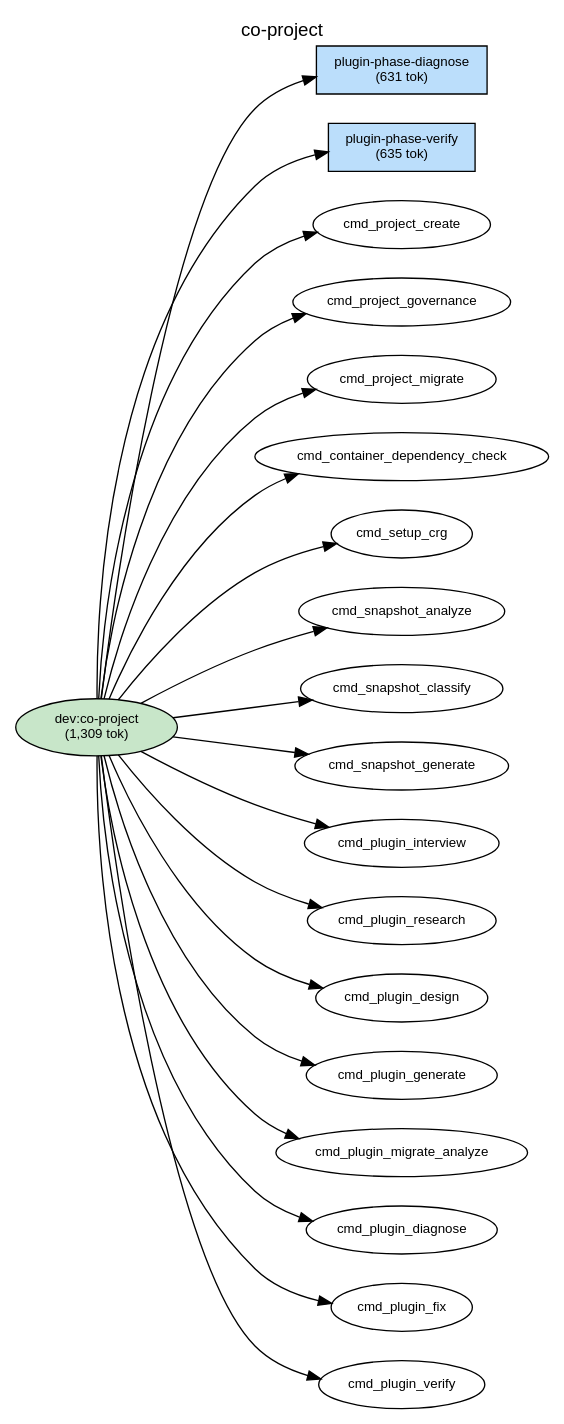
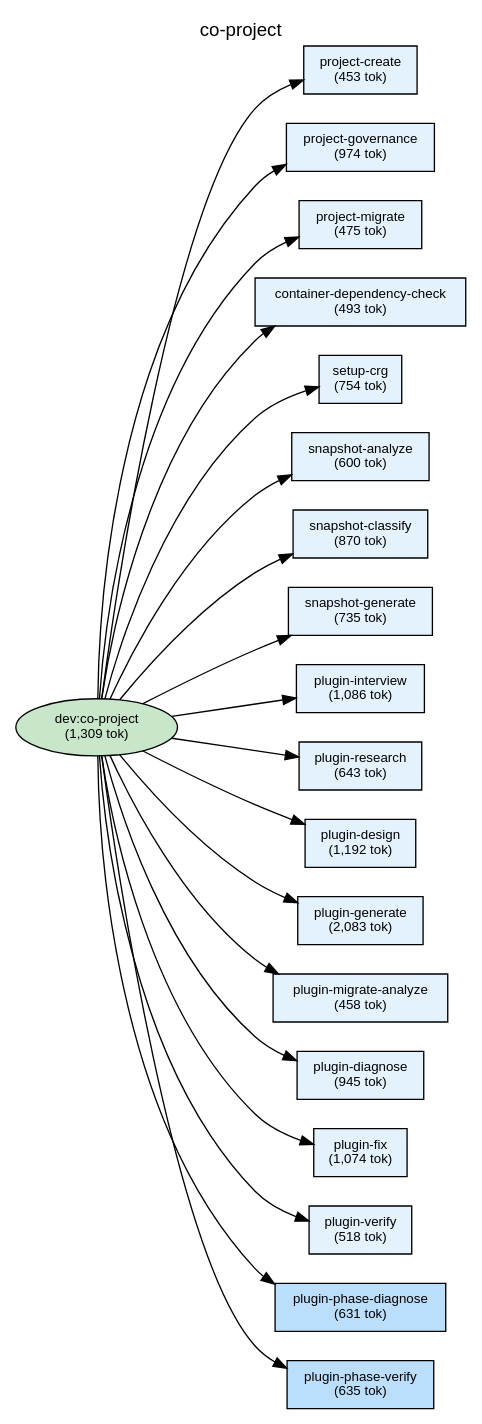
The diagram in plugins/dev/docs/deps-co-project.dot (shuu5/twill), drawn with Graphviz before and after one commit. The commit also changed 26 other files, not shown here.

```diff
--- a/plugins/dev/docs/deps-co-project.dot
+++ b/plugins/dev/docs/deps-co-project.dot
@@ -1,61 +1,93 @@
 digraph Dependencies {
     // Graph settings
     rankdir=LR;
     ranksep=0.8;
     nodesep=0.3;
     fontname="Helvetica";
     node [fontname="Helvetica", fontsize=10];
     edge [fontname="Helvetica", fontsize=9];
     label="co-project";
     labelloc=t;
     fontsize=14;
 
     // L0: Controller Skills
     skill_co_project [label="dev:co-project\n(1,309 tok)", shape=ellipse, style=filled, fillcolor="#c8e6c9"];
 
     // L0: Launchers
 
     // L0.5: Workflow Skills
 
     // Reference Skills
 
     // L1: Direct Commands
+    cmd_project_create [label="project-create\n(453 tok)", shape=box, style=filled, fillcolor="#e3f2fd"];
+    cmd_project_governance [label="project-governance\n(974 tok)", shape=box, style=filled, fillcolor="#e3f2fd"];
+    cmd_project_migrate [label="project-migrate\n(475 tok)", shape=box, style=filled, fillcolor="#e3f2fd"];
+    cmd_container_dependency_check [label="container-dependency-check\n(493 tok)", shape=box, style=filled, fillcolor="#e3f2fd"];
+    cmd_setup_crg [label="setup-crg\n(754 tok)", shape=box, style=filled, fillcolor="#e3f2fd"];
+    cmd_snapshot_analyze [label="snapshot-analyze\n(600 tok)", shape=box, style=filled, fillcolor="#e3f2fd"];
+    cmd_snapshot_classify [label="snapshot-classify\n(870 tok)", shape=box, style=filled, fillcolor="#e3f2fd"];
+    cmd_snapshot_generate [label="snapshot-generate\n(735 tok)", shape=box, style=filled, fillcolor="#e3f2fd"];
+    cmd_plugin_interview [label="plugin-interview\n(1,086 tok)", shape=box, style=filled, fillcolor="#e3f2fd"];
+    cmd_plugin_research [label="plugin-research\n(643 tok)", shape=box, style=filled, fillcolor="#e3f2fd"];
+    cmd_plugin_design [label="plugin-design\n(1,192 tok)", shape=box, style=filled, fillcolor="#e3f2fd"];
+    cmd_plugin_generate [label="plugin-generate\n(2,083 tok)", shape=box, style=filled, fillcolor="#e3f2fd"];
+    cmd_plugin_migrate_analyze [label="plugin-migrate-analyze\n(458 tok)", shape=box, style=filled, fillcolor="#e3f2fd"];
+    cmd_plugin_diagnose [label="plugin-diagnose\n(945 tok)", shape=box, style=filled, fillcolor="#e3f2fd"];
+    cmd_plugin_fix [label="plugin-fix\n(1,074 tok)", shape=box, style=filled, fillcolor="#e3f2fd"];
+    cmd_plugin_verify [label="plugin-verify\n(518 tok)", shape=box, style=filled, fillcolor="#e3f2fd"];
     cmd_plugin_phase_diagnose [label="plugin-phase-diagnose\n(631 tok)", shape=box, style=filled, fillcolor="#bbdefb"];
     cmd_plugin_phase_verify [label="plugin-phase-verify\n(635 tok)", shape=box, style=filled, fillcolor="#bbdefb"];
 
     // L2: Sub Commands
 
     // L3: Agents
 
     // L3.5: Scripts
 
     // L4: External
 
     // Layer constraints
     { rank=same; skill_co_project; }
-    { rank=same; cmd_plugin_phase_diagnose; cmd_plugin_phase_verify; }
+    { rank=same; cmd_project_create; cmd_project_governance; cmd_project_migrate; cmd_container_dependency_check; cmd_setup_crg; cmd_snapshot_analyze; cmd_snapshot_classify; cmd_snapshot_generate; cmd_plugin_interview; cmd_plugin_research; cmd_plugin_design; cmd_plugin_generate; cmd_plugin_migrate_analyze; cmd_plugin_diagnose; cmd_plugin_fix; cmd_plugin_verify; cmd_plugin_phase_diagnose; cmd_plugin_phase_verify; }
 
     // Edges
     skill_co_project -> cmd_project_create;
     skill_co_project -> cmd_project_governance;
     skill_co_project -> cmd_project_migrate;
     skill_co_project -> cmd_container_dependency_check;
     skill_co_project -> cmd_setup_crg;
     skill_co_project -> cmd_snapshot_analyze;
     skill_co_project -> cmd_snapshot_classify;
     skill_co_project -> cmd_snapshot_generate;
     skill_co_project -> cmd_plugin_interview;
     skill_co_project -> cmd_plugin_research;
     skill_co_project -> cmd_plugin_design;
     skill_co_project -> cmd_plugin_generate;
     skill_co_project -> cmd_plugin_migrate_analyze;
     skill_co_project -> cmd_plugin_diagnose;
     skill_co_project -> cmd_plugin_fix;
     skill_co_project -> cmd_plugin_verify;
     skill_co_project -> cmd_plugin_phase_diagnose;
     skill_co_project -> cmd_plugin_phase_verify;
 
     // Ordering constraints (invisible edges)
+    cmd_project_create -> cmd_project_governance [style=invis, weight=10];
+    cmd_project_governance -> cmd_project_migrate [style=invis, weight=10];
+    cmd_project_migrate -> cmd_container_dependency_check [style=invis, weight=10];
+    cmd_container_dependency_check -> cmd_setup_crg [style=invis, weight=10];
+    cmd_setup_crg -> cmd_snapshot_analyze [style=invis, weight=10];
+    cmd_snapshot_analyze -> cmd_snapshot_classify [style=invis, weight=10];
+    cmd_snapshot_classify -> cmd_snapshot_generate [style=invis, weight=10];
+    cmd_snapshot_generate -> cmd_plugin_interview [style=invis, weight=10];
+    cmd_plugin_interview -> cmd_plugin_research [style=invis, weight=10];
+    cmd_plugin_research -> cmd_plugin_design [style=invis, weight=10];
+    cmd_plugin_design -> cmd_plugin_generate [style=invis, weight=10];
+    cmd_plugin_generate -> cmd_plugin_migrate_analyze [style=invis, weight=10];
+    cmd_plugin_migrate_analyze -> cmd_plugin_diagnose [style=invis, weight=10];
+    cmd_plugin_diagnose -> cmd_plugin_fix [style=invis, weight=10];
+    cmd_plugin_fix -> cmd_plugin_verify [style=invis, weight=10];
+    cmd_plugin_verify -> cmd_plugin_phase_diagnose [style=invis, weight=10];
     cmd_plugin_phase_diagnose -> cmd_plugin_phase_verify [style=invis, weight=10];
 
 }
```
